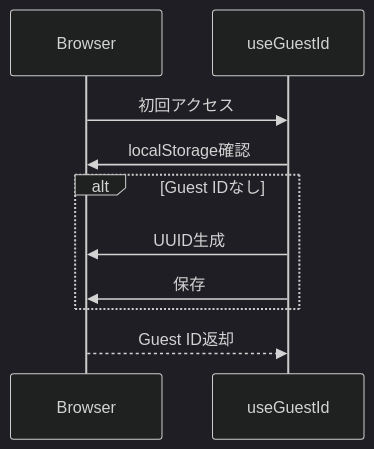
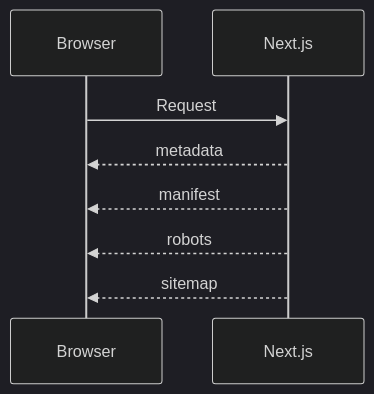
The fifth of 5 diagrams in DESIGN.md (you12eve/NightCrySupport), drawn with Mermaid (dark theme) before and after one commit. The commit also changed other lines of this file and 19 other files, not shown here.

````diff
--- a/DESIGN.md
+++ b/DESIGN.md
@@ -686,20 +1079,16 @@
 ```mermaid
 sequenceDiagram
 
 participant Browser
-participant useGuestId
+participant Next.js
 
-Browser->>useGuestId: 初回アクセス
+Browser->>Next.js: Request
 
-useGuestId->>Browser: localStorage確認
+Next.js-->>Browser: metadata
 
-alt Guest IDなし
+Next.js-->>Browser: manifest
 
-useGuestId->>Browser: UUID生成
+Next.js-->>Browser: robots
 
-useGuestId->>Browser: 保存
-
-end
-
-Browser-->>useGuestId: Guest ID返却
+Next.js-->>Browser: sitemap
 ```
````
